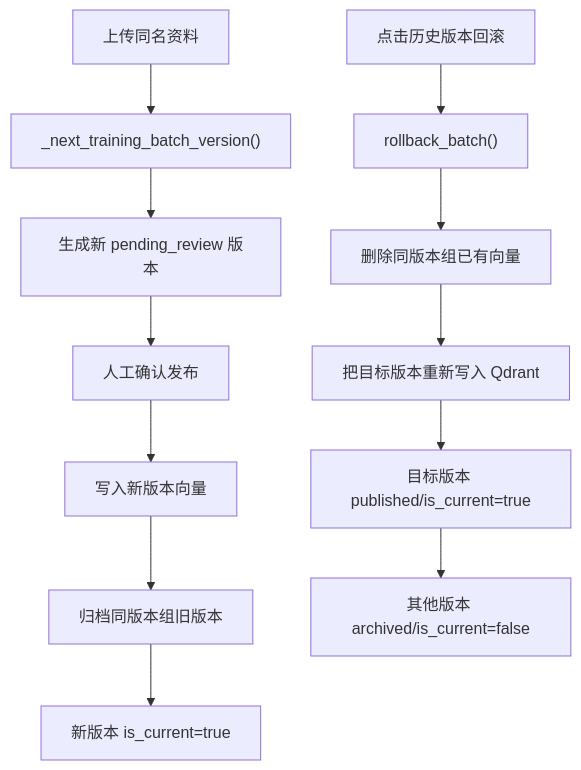
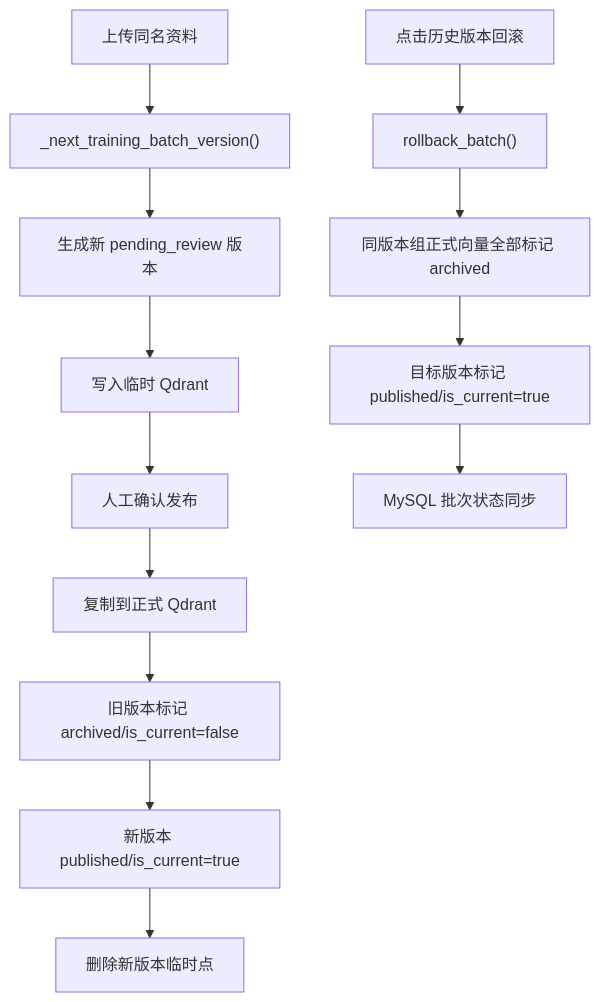
One commit to chen-liang-22/AI_RAG_Agent_Project changed the third of 3 diagrams in docs/销售训练资料管理上传文件流程.md. Above: the diagram before and after it, drawn with Mermaid. The commit also changed other lines of this file and 40 other files, not shown here.

````diff
--- a/docs/销售训练资料管理上传文件流程.md
+++ b/docs/销售训练资料管理上传文件流程.md
@@ -259,15 +200,16 @@
 ```mermaid
 flowchart TD
     A["上传同名资料"] --> B["_next_training_batch_version()"]
     B --> C["生成新 pending_review 版本"]
-    C --> D["人工确认发布"]
-    D --> E["写入新版本向量"]
-    E --> F["归档同版本组旧版本"]
-    F --> G["新版本 is_current=true"]
+    C --> D["写入临时 Qdrant"]
+    D --> E["人工确认发布"]
+    E --> F["复制到正式 Qdrant"]
+    F --> G["旧版本标记 archived/is_current=false"]
+    G --> H["新版本 published/is_current=true"]
+    H --> I["删除新版本临时点"]
 
-    H["点击历史版本回滚"] --> I["rollback_batch()"]
-    I --> J["删除同版本组已有向量"]
-    J --> K["把目标版本重新写入 Qdrant"]
-    K --> L["目标版本 published/is_current=true"]
-    L --> M["其他版本 archived/is_current=false"]
+    J["点击历史版本回滚"] --> K["rollback_batch()"]
+    K --> L["同版本组正式向量全部标记 archived"]
+    L --> M["目标版本标记 published/is_current=true"]
+    M --> N["MySQL 批次状态同步"]
 ```
````
